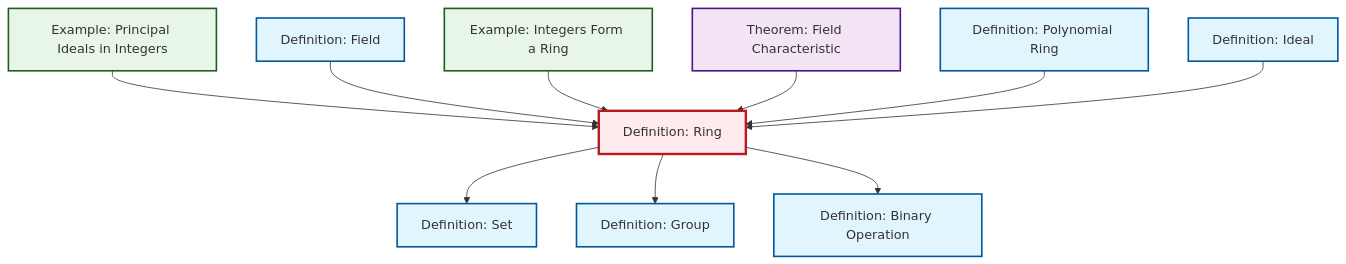
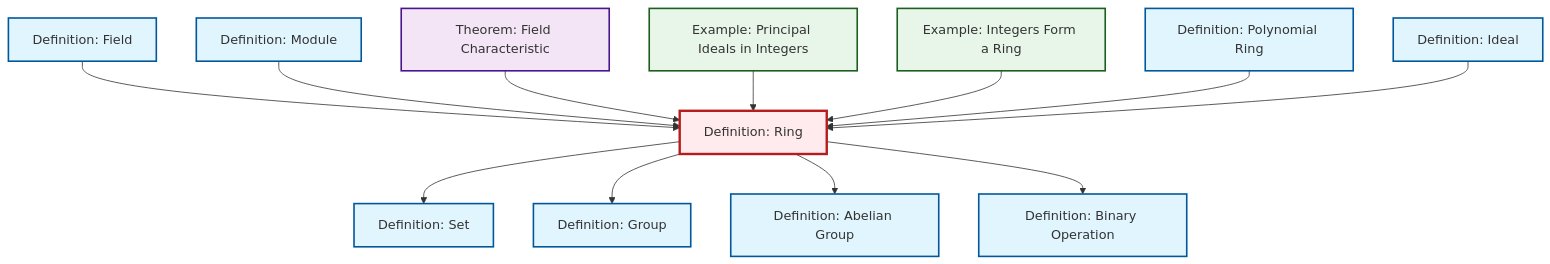
The diagram in content/en/algebra/def-ring.qmd (RK0429/ModernMath), drawn with Mermaid before and after one commit. The commit also changed 474 other files, not shown here.

````diff
--- a/content/en/algebra/def-ring.qmd
+++ b/content/en/algebra/def-ring.qmd
@@ -61,38 +61,44 @@
 ```{mermaid}
 %%| fig-cap: "Local dependency graph"
 graph TD
     classDef definition fill:#e1f5fe,stroke:#01579b,stroke-width:2px
     classDef theorem fill:#f3e5f5,stroke:#4a148c,stroke-width:2px
     classDef axiom fill:#fff3e0,stroke:#e65100,stroke-width:2px
     classDef example fill:#e8f5e9,stroke:#1b5e20,stroke-width:2px
     classDef current fill:#ffebee,stroke:#b71c1c,stroke-width:3px
+    def-ideal["Definition: Ideal"]:::definition
+    def-field["Definition: Field"]:::definition
+    def-abelian-group["Definition: Abelian Group"]:::definition
     def-set["Definition: Set"]:::definition
+    def-polynomial-ring["Definition: Polynomial Ring"]:::definition
     def-ring["Definition: Ring"]:::definition
-    def-group["Definition: Group"]:::definition
-    def-field["Definition: Field"]:::definition
-    def-binary-operation["Definition: Binary Operation"]:::definition
-    thm-field-characteristic["Theorem: Field Characteristic"]:::theorem
     ex-principal-ideal["Example: Principal Ideals in Integers"]:::example
     ex-integers-ring["Example: Integers Form a Ring"]:::example
-    def-polynomial-ring["Definition: Polynomial Ring"]:::definition
-    def-ideal["Definition: Ideal"]:::definition
-    ex-principal-ideal --> def-ring
+    thm-field-characteristic["Theorem: Field Characteristic"]:::theorem
+    def-module["Definition: Module"]:::definition
+    def-group["Definition: Group"]:::definition
+    def-binary-operation["Definition: Binary Operation"]:::definition
     def-field --> def-ring
     def-ring --> def-set
+    def-module --> def-ring
     def-ring --> def-group
+    thm-field-characteristic --> def-ring
+    ex-principal-ideal --> def-ring
+    def-ring --> def-abelian-group
     ex-integers-ring --> def-ring
-    thm-field-characteristic --> def-ring
+    def-polynomial-ring --> def-ring
     def-ring --> def-binary-operation
-    def-polynomial-ring --> def-ring
     def-ideal --> def-ring
     class def-ring current
+    click def-ideal "def-ideal.html" "Go to Ideal definition"
+    click def-field "def-field.html" "Go to Field definition"
+    click def-abelian-group "def-abelian-group.html" "Go to Abelian Group definition"
     click def-set "def-set.html" "Go to Set definition"
-    click def-group "def-group.html" "Go to Group definition"
-    click def-field "def-field.html" "Go to Field definition"
-    click def-binary-operation "def-binary-operation.html" "Go to Binary Operation definition"
-    click thm-field-characteristic "thm-field-characteristic.html" "Go to Field Characteristic theorem"
+    click def-polynomial-ring "def-polynomial-ring.html" "Go to Polynomial Ring definition"
     click ex-principal-ideal "ex-principal-ideal.html" "Go to Principal Ideals in Integers example"
     click ex-integers-ring "ex-integers-ring.html" "Go to Integers Form a Ring example"
-    click def-polynomial-ring "def-polynomial-ring.html" "Go to Polynomial Ring definition"
-    click def-ideal "def-ideal.html" "Go to Ideal definition"
+    click thm-field-characteristic "thm-field-characteristic.html" "Go to Field Characteristic theorem"
+    click def-module "def-module.html" "Go to Module definition"
+    click def-group "def-group.html" "Go to Group definition"
+    click def-binary-operation "def-binary-operation.html" "Go to Binary Operation definition"
 ```
````
